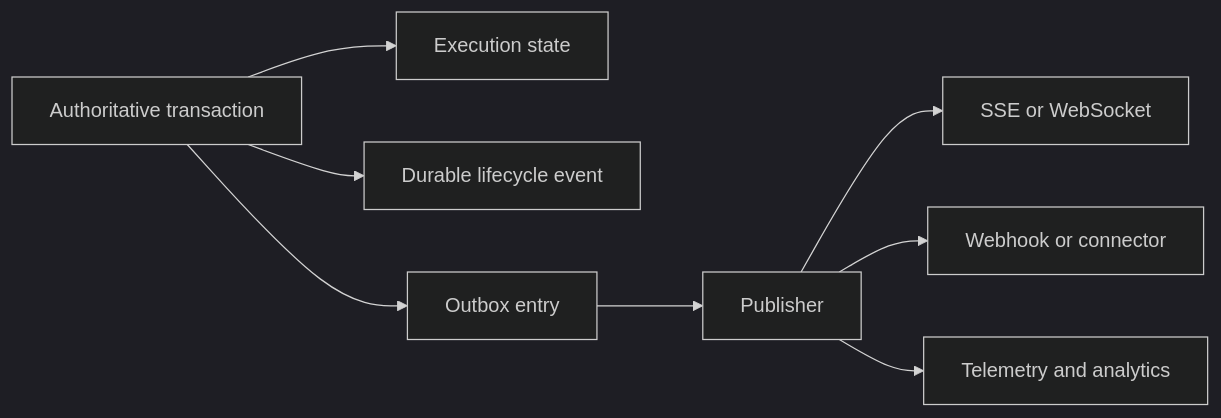
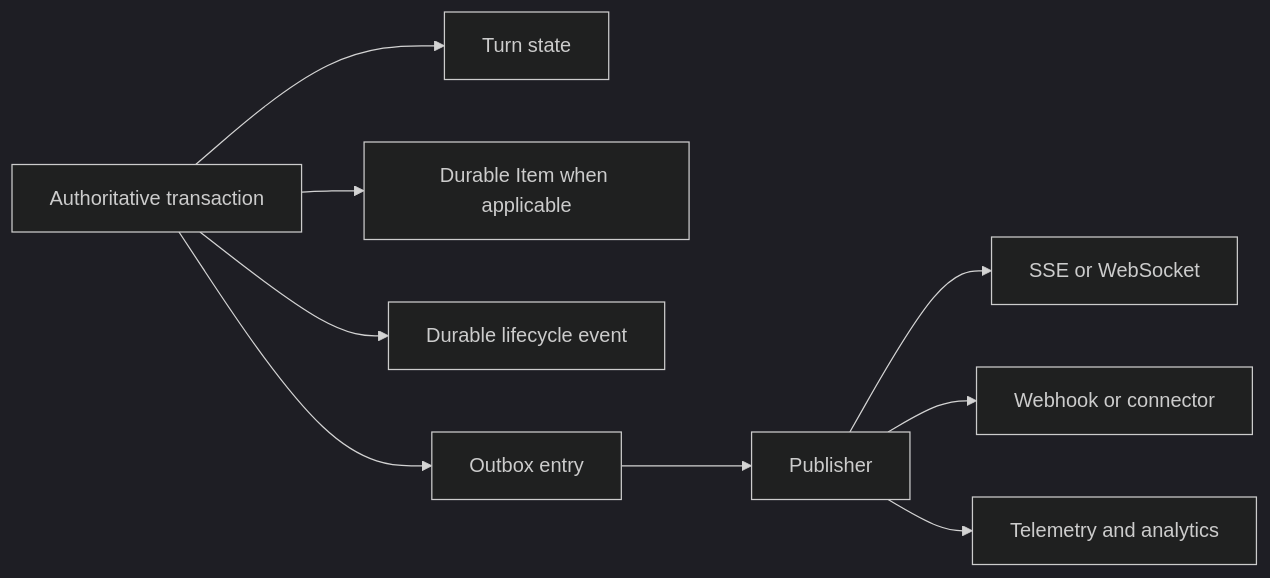
Before and after one commit to converge-ai-labs/agent-foundation: the diagram in spec/foundation-service/07-events-usage-and-delivery.md, drawn with Mermaid (dark theme). The commit also changed other lines of this file and 29 other files, not shown here.

Commit message:
docs(spec): adopt thread turn item lifecycle

````diff
--- a/spec/foundation-service/07-events-usage-and-delivery.md
+++ b/spec/foundation-service/07-events-usage-and-delivery.md
@@ -19,10 +34,11 @@
 ```mermaid
 flowchart LR
-    Transition[Authoritative transaction] --> State[Execution state]
+    Transition[Authoritative transaction] --> State[Turn state]
+    Transition --> Item[Durable Item when applicable]
     Transition --> Event[Durable lifecycle event]
     Transition --> Outbox[Outbox entry]
     Outbox --> Publisher[Publisher]
     Publisher --> SSE[SSE or WebSocket]
     Publisher --> Webhook[Webhook or connector]
     Publisher --> Analytics[Telemetry and analytics]
 ```
````
